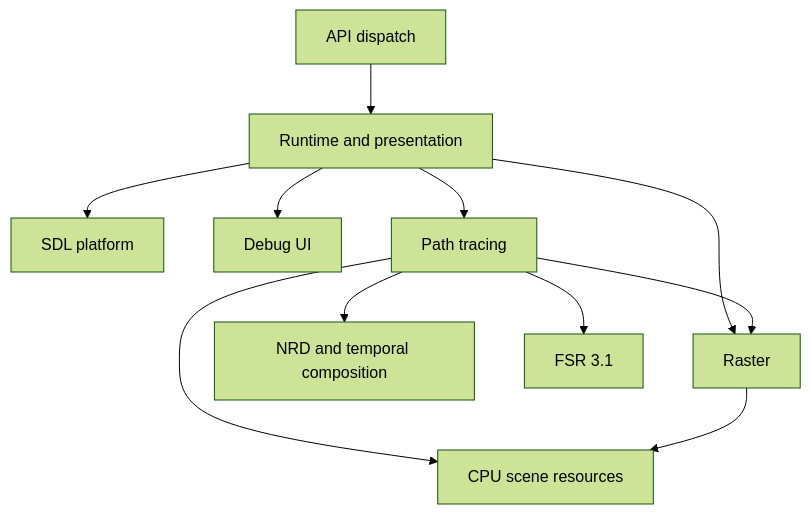
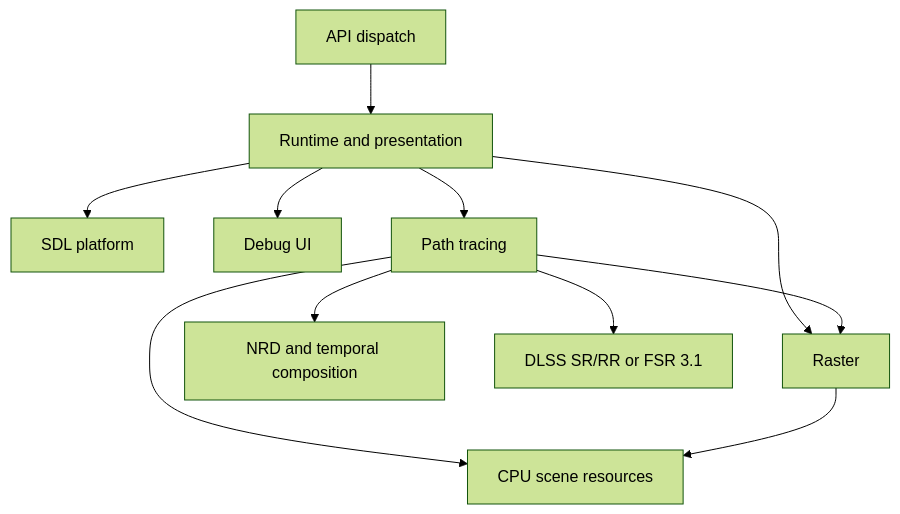
Before and after one commit to KingVulpes/OpenRemix: the diagram in docs/architecture.md, drawn with Mermaid (forest theme). The commit also changed other lines of this file and 99 other files, not shown here.

````diff
--- a/docs/architecture.md
+++ b/docs/architecture.md
@@ -32,13 +32,13 @@
 ```mermaid
 flowchart TD
   api[API dispatch] --> runtime[Runtime and presentation]
   runtime --> platform[SDL platform]
   runtime --> ui[Debug UI]
   runtime --> tracing[Path tracing]
   runtime --> raster[Raster]
   tracing --> denoise[NRD and temporal composition]
   tracing --> raster
-  tracing --> upscale[FSR 3.1]
+  tracing --> upscale[DLSS SR/RR or FSR 3.1]
   tracing --> scene[CPU scene resources]
   raster --> scene
 ```
````
